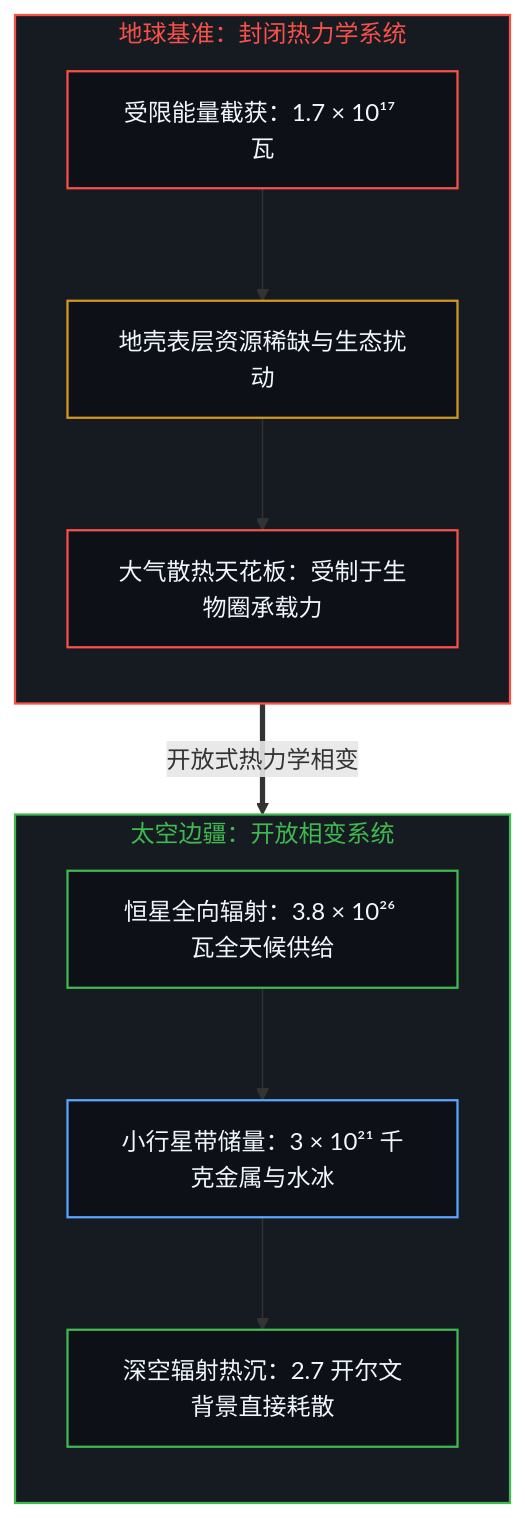
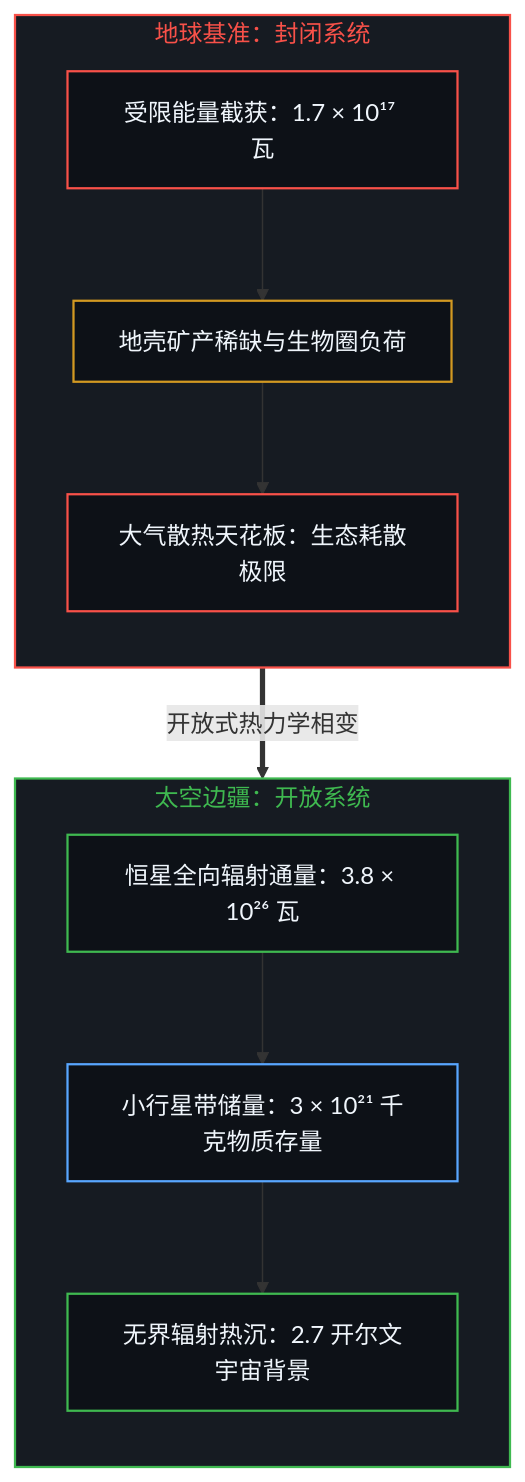
Before and after one commit to powerpig99/not-a-toe: the third of 14 diagrams in content/posts/beyond-the-hundred-trillion-horizon.md, drawn with Mermaid. The commit also changed other lines of this file and 6 other files, not shown here.

````diff
--- a/content/posts/beyond-the-hundred-trillion-horizon.md
+++ b/content/posts/beyond-the-hundred-trillion-horizon.md
@@ -109,29 +99,25 @@
 ```mermaid
 flowchart TD
     classDef default fill:#0d1117,stroke:#30363d,stroke-width:1px,color:#f0f6fc;
     classDef mind fill:#0d1117,stroke:#3fb950,stroke-width:1.5px,color:#f0f6fc;
     classDef warn fill:#0d1117,stroke:#d29922,stroke-width:1.5px,color:#f0f6fc;
     classDef fail fill:#0d1117,stroke:#f85149,stroke-width:1.5px,color:#f0f6fc;
     classDef model fill:#0d1117,stroke:#58a6ff,stroke-width:1.5px,color:#f0f6fc;
-
-    subgraph S_EARTH_ZH ["地球基准：封闭热力学系统"]
+    subgraph S_EARTH_ZH ["地球基准：封闭系统"]
         direction TB
         E_NRG["受限能量截获：1.7 × 10¹⁷ 瓦"]:::fail
-        E_MAT["地壳表层资源稀缺与生态扰动"]:::warn
-        E_HEAT["大气散热天花板：受制于生物圈承载力"]:::fail
+        E_MAT["地壳矿产稀缺与生物圈负荷"]:::warn
+        E_HEAT["大气散热天花板：生态耗散极限"]:::fail
         E_NRG --> E_MAT --> E_HEAT
     end
-
-    subgraph S_SPACE_ZH ["太空边疆：开放相变系统"]
+    subgraph S_SPACE_ZH ["太空边疆：开放系统"]
         direction TB
-        S_NRG["恒星全向辐射：3.8 × 10²⁶ 瓦全天候供给"]:::mind
-        S_MAT["小行星带储量：3 × 10²¹ 千克金属与水冰"]:::model
-        S_HEAT["深空辐射热沉：2.7 开尔文背景直接耗散"]:::mind
+        S_NRG["恒星全向辐射通量：3.8 × 10²⁶ 瓦"]:::mind
+        S_MAT["小行星带储量：3 × 10²¹ 千克物质存量"]:::model
+        S_HEAT["无界辐射热沉：2.7 开尔文宇宙背景"]:::mind
         S_NRG --> S_MAT --> S_HEAT
     end
-
     S_EARTH_ZH ==>|"开放式热力学相变"| S_SPACE_ZH
-
     style S_EARTH_ZH fill:#161b22,stroke:#f85149,stroke-width:1.5px,color:#f85149
     style S_SPACE_ZH fill:#161b22,stroke:#3fb950,stroke-width:1.5px,color:#3fb950
 ```
````
